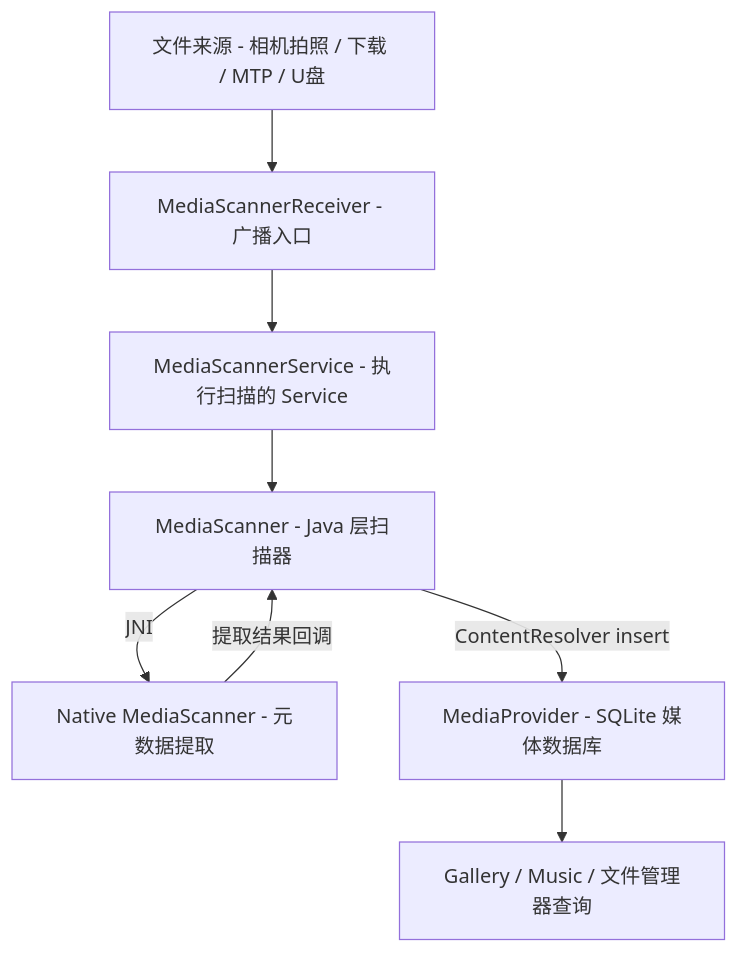
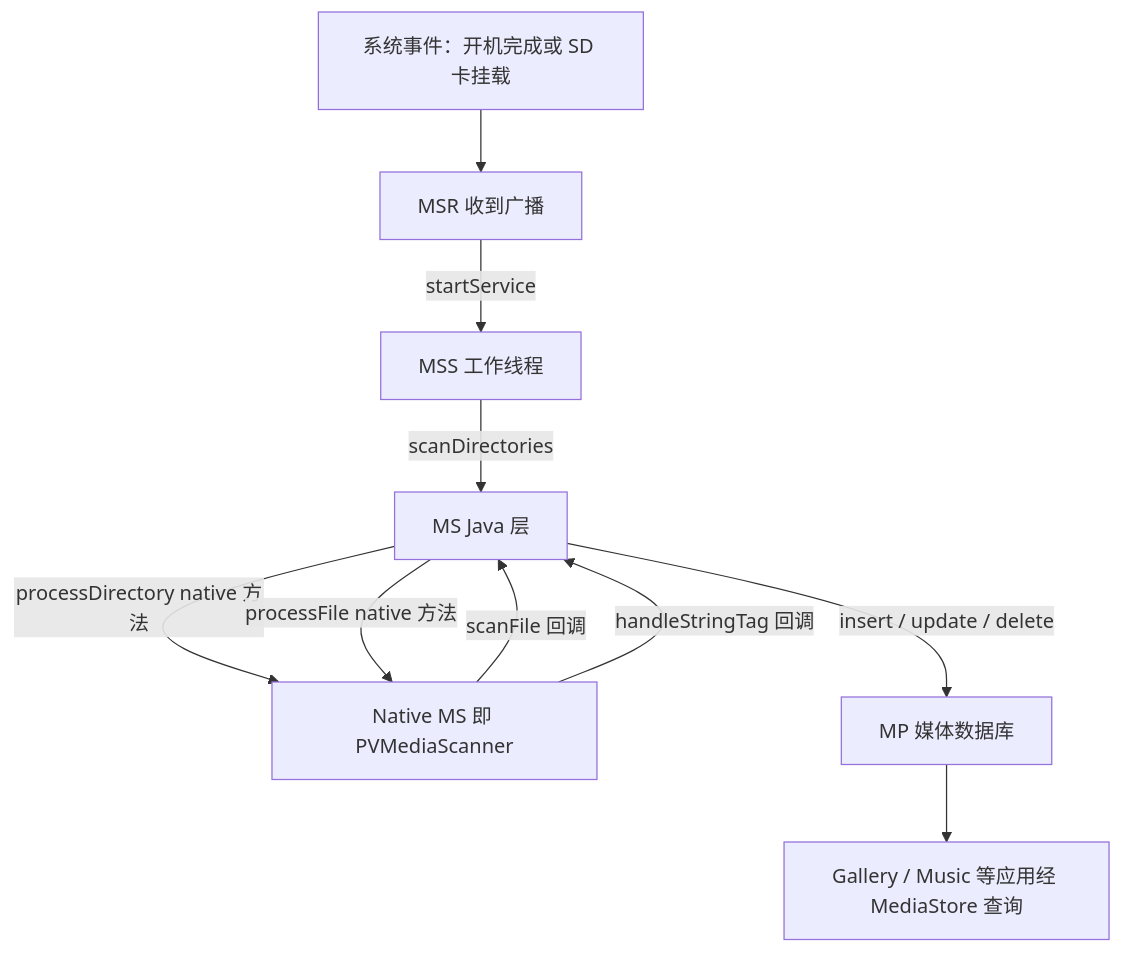
The diagram in Android/深入理解Android卷I/09-深入理解MediaScanner.md (coswit/coswit.github.io), drawn with Mermaid before and after one commit. The commit also changed other lines of this file and 81 other files, not shown here.

````diff
--- a/Android/深入理解Android卷I/09-深入理解MediaScanner.md
+++ b/Android/深入理解Android卷I/09-深入理解MediaScanner.md
@@ -5,10 +38,12 @@
 ```mermaid
 graph TD
-    A[文件来源 - 相机拍照 / 下载 / MTP / U盘] --> B[MediaScannerReceiver - 广播入口]
-    B --> C[MediaScannerService - 执行扫描的 Service]
-    C --> D[MediaScanner - Java 层扫描器]
-    D -->|JNI| E[Native MediaScanner - 元数据提取]
-    E -->|提取结果回调| D
-    D -->|ContentResolver insert| F[MediaProvider - SQLite 媒体数据库]
-    F --> G[Gallery / Music / 文件管理器查询]
+    A[系统事件：开机完成或 SD 卡挂载] --> B[MSR 收到广播]
+    B -->|startService| C[MSS 工作线程]
+    C -->|scanDirectories| D[MS Java 层]
+    D -->|processDirectory native 方法| E[Native MS 即 PVMediaScanner]
+    E -->|scanFile 回调| D
+    D -->|processFile native 方法| E
+    E -->|handleStringTag 回调| D
+    D -->|insert / update / delete| F[MP 媒体数据库]
+    F --> G[Gallery / Music 等应用经 MediaStore 查询]
 ```
````
